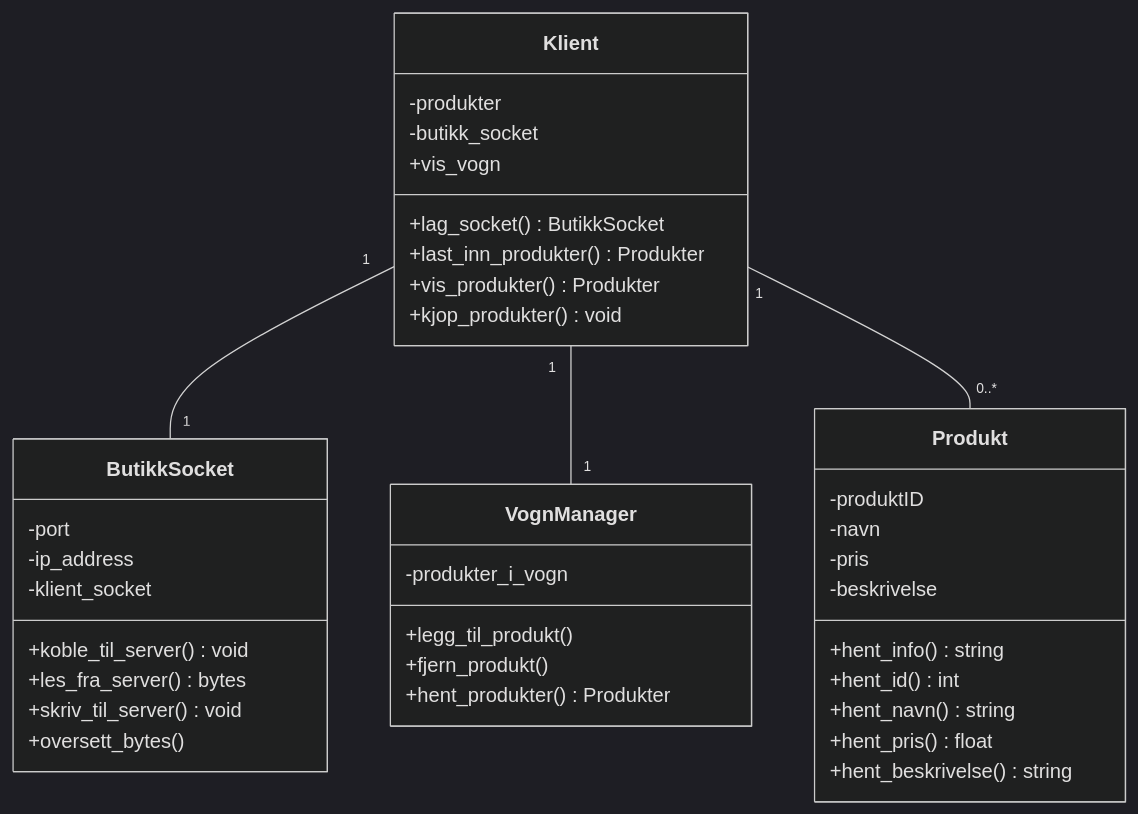
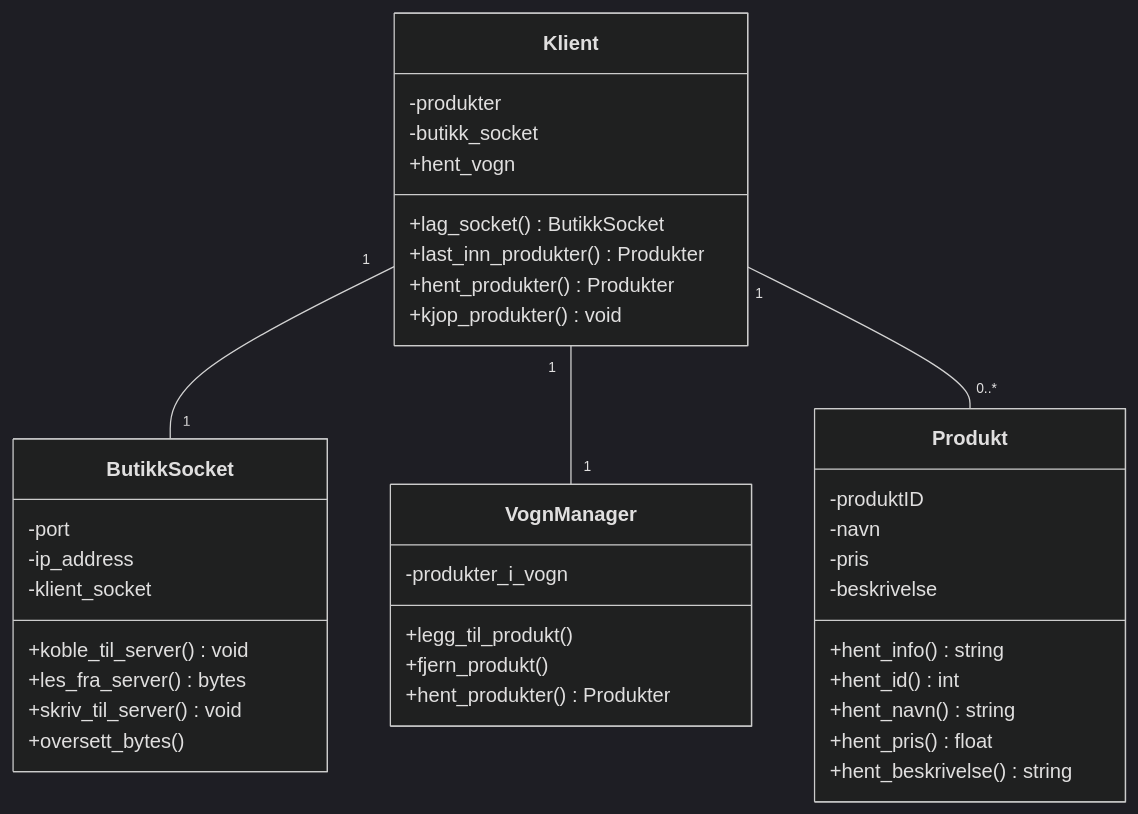
The third of 3 diagrams in docs/design/klient.md (kmp-utvikler/bakeri_butikk), drawn with Mermaid (dark theme) before and after one commit. The commit also changed other lines of this file and 1 other file, not shown here.

````diff
--- a/docs/design/klient.md
+++ b/docs/design/klient.md
@@ -8,43 +47,43 @@
 ```mermaid
 
 classDiagram
     class Klient {
         -produkter
         -butikk_socket
         +lag_socket() ButikkSocket
         +last_inn_produkter() Produkter
-        +vis_produkter() Produkter
-        +vis_vogn
+        +hent_produkter() Produkter
+        +hent_vogn
         +kjop_produkter() void
     }
     class VognManager {
         -produkter_i_vogn
         +legg_til_produkt()
         +fjern_produkt()
         +hent_produkter() Produkter
     }
     class Produkt {
         -produktID
         -navn
         -pris
         -beskrivelse
         +hent_info() string
         +hent_id() int
         +hent_navn() string
         +hent_pris() float
         +hent_beskrivelse() string
     }
     class ButikkSocket {
         -port
         -ip_address
         -klient_socket
         +koble_til_server() void
         +les_fra_server() bytes
         +skriv_til_server() void
         +oversett_bytes()
     }
     Klient "1" -- "1" ButikkSocket    
     Klient "1" -- "1" VognManager    
     Klient "1"--"0..*" Produkt
 
 ```
````
